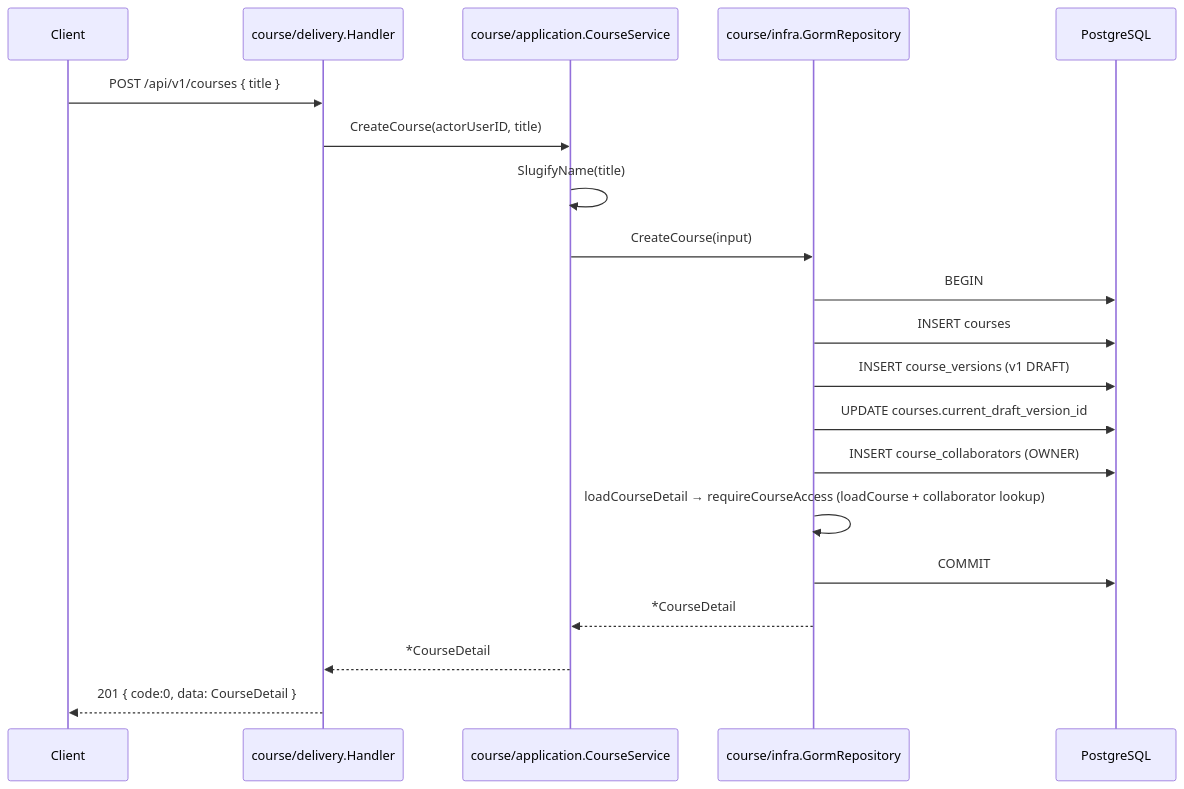
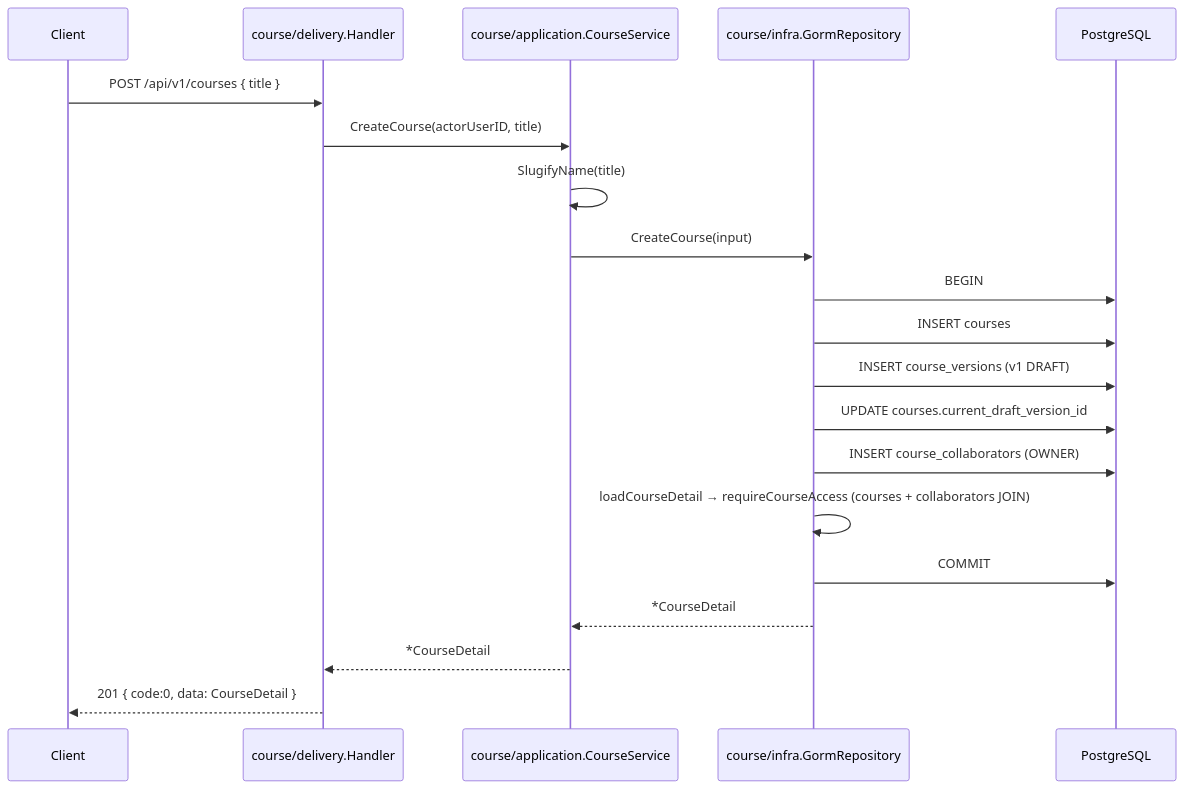
Before and after one commit to lkienkle11/be-mycourse: the second of 26 diagrams in docs/sequence_diagrams.md, drawn with Mermaid. The commit also changed 8 other files, not shown here.

Commit message:
docs: sync course detail and taxonomy list perf options

````diff
--- a/docs/sequence_diagrams.md
+++ b/docs/sequence_diagrams.md
@@ -88,23 +88,23 @@
 ```mermaid
 sequenceDiagram
     participant C as Client
     participant H as course/delivery.Handler
     participant S as course/application.CourseService
     participant R as course/infra.GormRepository
     participant DB as PostgreSQL
 
     C->>H: POST /api/v1/courses { title }
     H->>S: CreateCourse(actorUserID, title)
     S->>S: SlugifyName(title)
     S->>R: CreateCourse(input)
     R->>DB: BEGIN
     R->>DB: INSERT courses
     R->>DB: INSERT course_versions (v1 DRAFT)
     R->>DB: UPDATE courses.current_draft_version_id
     R->>DB: INSERT course_collaborators (OWNER)
-    R->>R: loadCourseDetail → requireCourseAccess (loadCourse + collaborator lookup)
+    R->>R: loadCourseDetail → requireCourseAccess (courses + collaborators JOIN)
     R->>DB: COMMIT
     R-->>S: *CourseDetail
     S-->>H: *CourseDetail
     H-->>C: 201 { code:0, data: CourseDetail }
 ```
````
